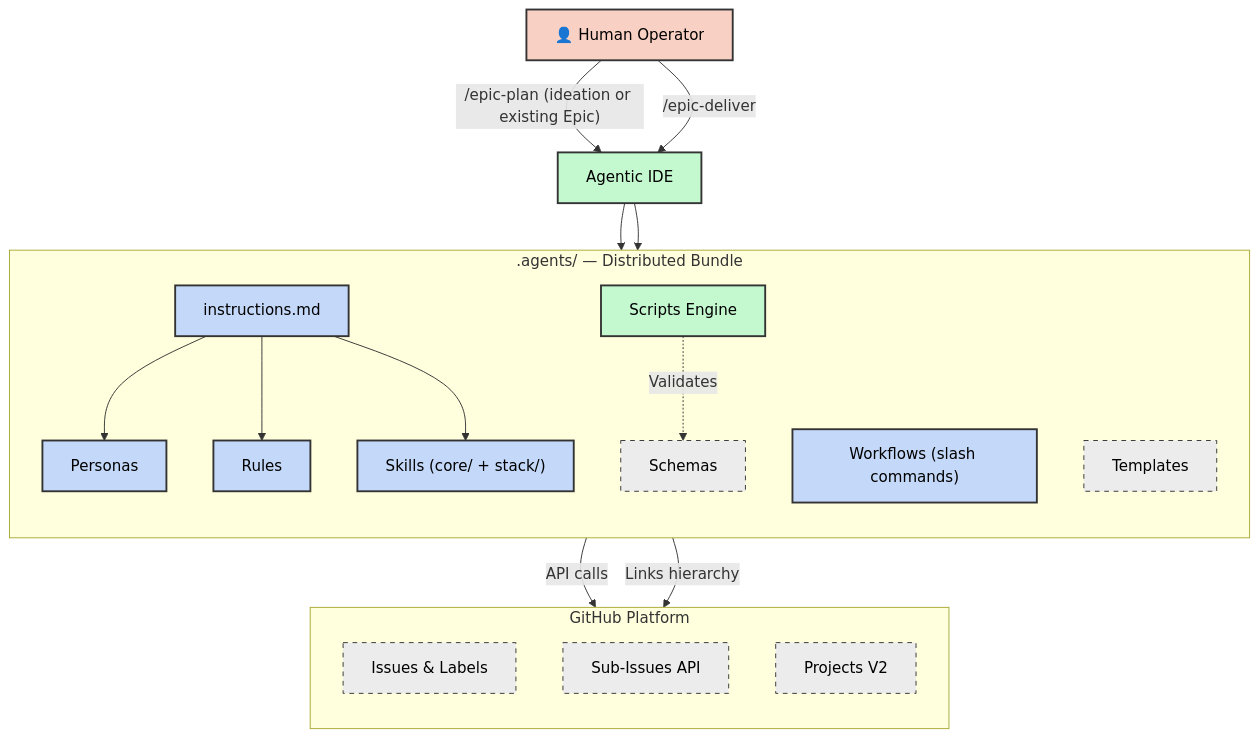
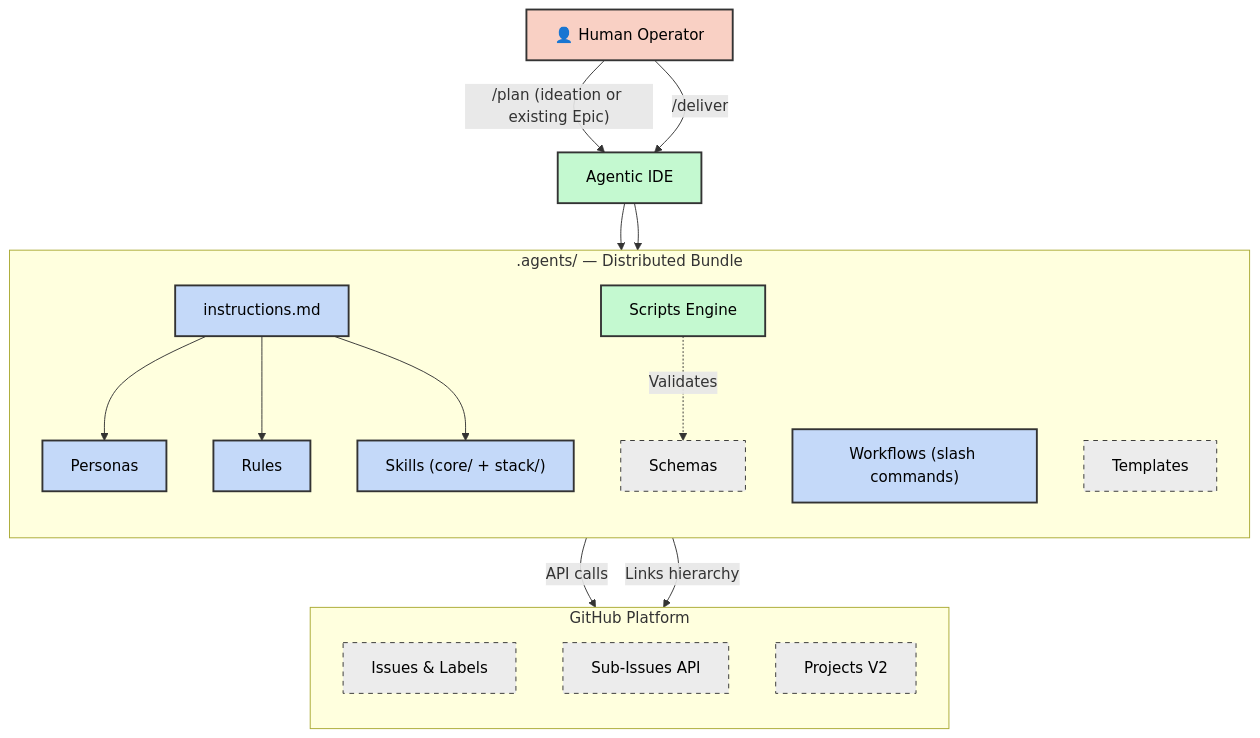
The first of 7 diagrams in docs/architecture.md (dsj1984/mandrel), drawn with Mermaid before and after one commit. The commit also changed other lines of this file and 258 other files, not shown here.

Commit message:
feat!: retarget every cross-reference to /plan and /deliver; sync command projections (refs #4041)

````diff
--- a/docs/architecture.md
+++ b/docs/architecture.md
@@ -33,38 +33,38 @@
 ```mermaid
 graph TB
     classDef human fill:#f9d0c4,stroke:#333,stroke-width:2px,color:#000
     classDef agent fill:#c4f9d0,stroke:#333,stroke-width:2px,color:#000
     classDef infra fill:#c4d9f9,stroke:#333,stroke-width:2px,color:#000
     classDef data fill:#ececec,stroke:#333,stroke-width:1px,stroke-dasharray: 5 5,color:#000
 
     H["👤 Human Operator"]:::human
     IDE["Agentic IDE"]:::agent
 
     subgraph Framework [".agents/ — Distributed Bundle"]
         direction TB
         INS["instructions.md"]:::infra
         PER["Personas"]:::infra
         RUL["Rules"]:::infra
         SKL["Skills (core/ + stack/)"]:::infra
         WFL["Workflows (slash commands)"]:::infra
         SCR["Scripts Engine"]:::agent
         SCH["Schemas"]:::data
         TPL["Templates"]:::data
     end
 
     subgraph GitHub ["GitHub Platform"]
         direction TB
         ISS["Issues & Labels"]:::data
         SUB["Sub-Issues API"]:::data
         PRJ["Projects V2"]:::data
     end
 
-    H -->|"/epic-plan (ideation or existing Epic)"| IDE
-    H -->|"/epic-deliver"| IDE
+    H -->|"/plan (ideation or existing Epic)"| IDE
+    H -->|"/deliver"| IDE
     IDE --> INS
     INS --> PER & RUL & SKL
     IDE --> SCR
     SCR -->|"API calls"| ISS
     SCR -->|"Links hierarchy"| SUB
     SCR -.->|"Validates"| SCH
 ```
````
